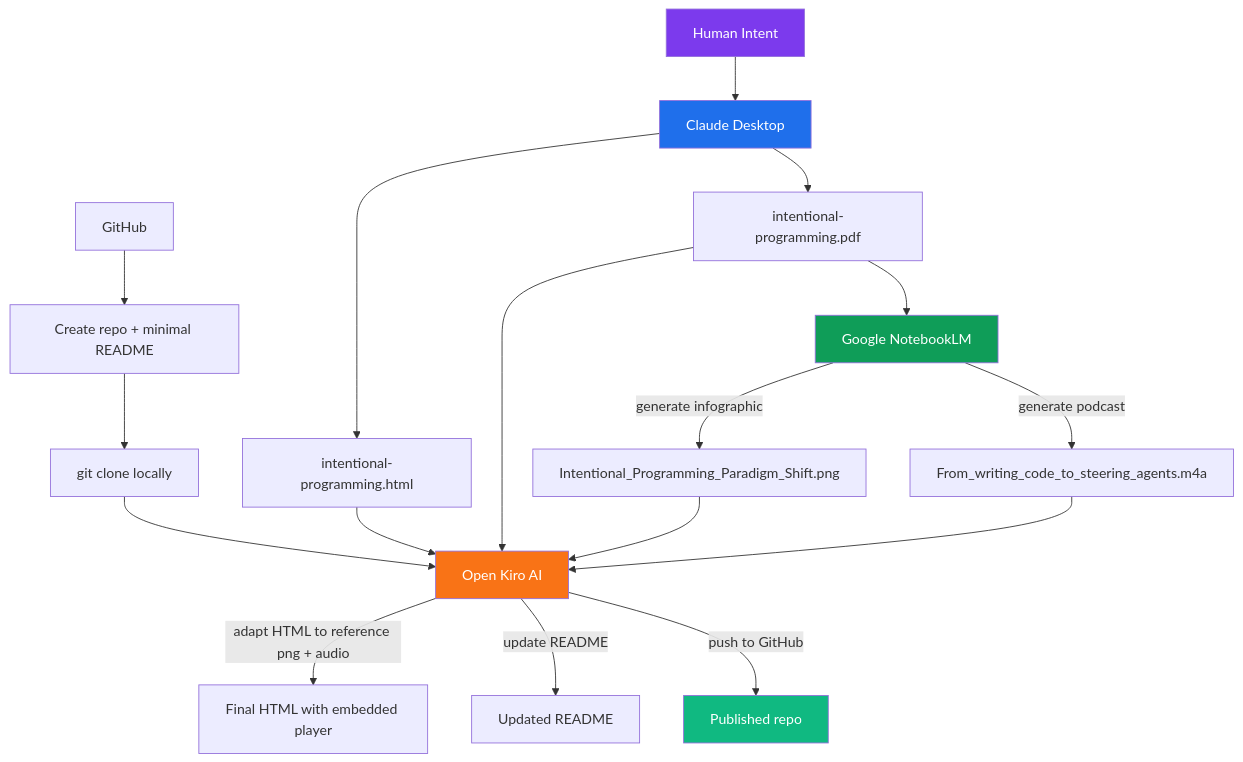
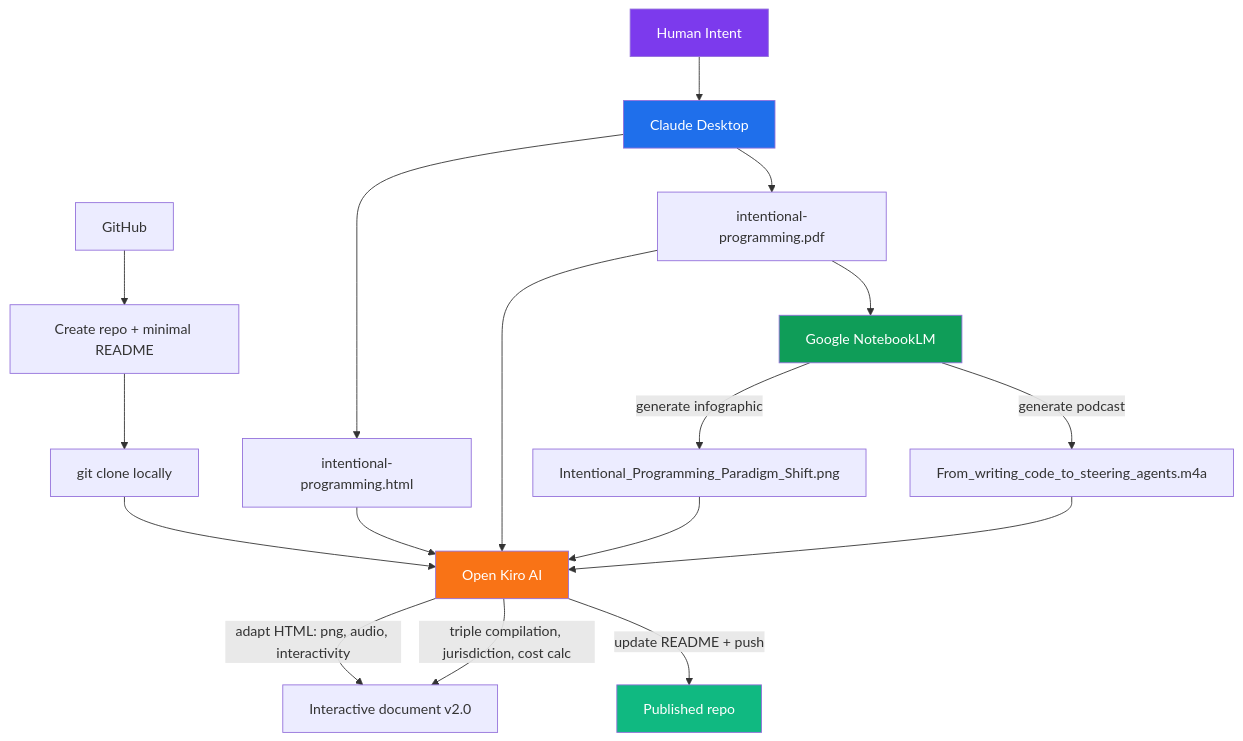
Before and after one commit to dragosbo/intentional_programming: the diagram in README.md, drawn with Mermaid. The commit also changed other lines of this file and 1 other file, not shown here.

Commit message:
Rewrite README with document/app and spec/README reflections, refresh changes.md

````diff
--- a/README.md
+++ b/README.md
@@ -46,27 +73,27 @@
 ```mermaid
 flowchart TD
     A[Human Intent] --> B[Claude Desktop]
     B --> C[intentional-programming.html]
     B --> D[intentional-programming.pdf]
     D --> E[Google NotebookLM]
     E -->|generate infographic| F[Intentional_Programming_Paradigm_Shift.png]
     E -->|generate podcast| G[From_writing_code_to_steering_agents.m4a]
     
     H[GitHub] --> I[Create repo + minimal README]
     I --> J[git clone locally]
     
     J --> K[Open Kiro AI]
     C --> K
     D --> K
     F --> K
     G --> K
-    K -->|adapt HTML to reference png + audio| L[Final HTML with embedded player]
-    K -->|update README| M[Updated README]
-    K -->|push to GitHub| N[Published repo]
+    K -->|adapt HTML: png, audio, interactivity| L[Interactive document v2.0]
+    K -->|triple compilation, jurisdiction, cost calc| L
+    K -->|update README + push| N[Published repo]
 
     style A fill:#7c3aed,color:#fff
     style B fill:#1f6feb,color:#fff
     style E fill:#0f9d58,color:#fff
     style K fill:#f97316,color:#fff
     style N fill:#10b981,color:#fff
 ```
````
